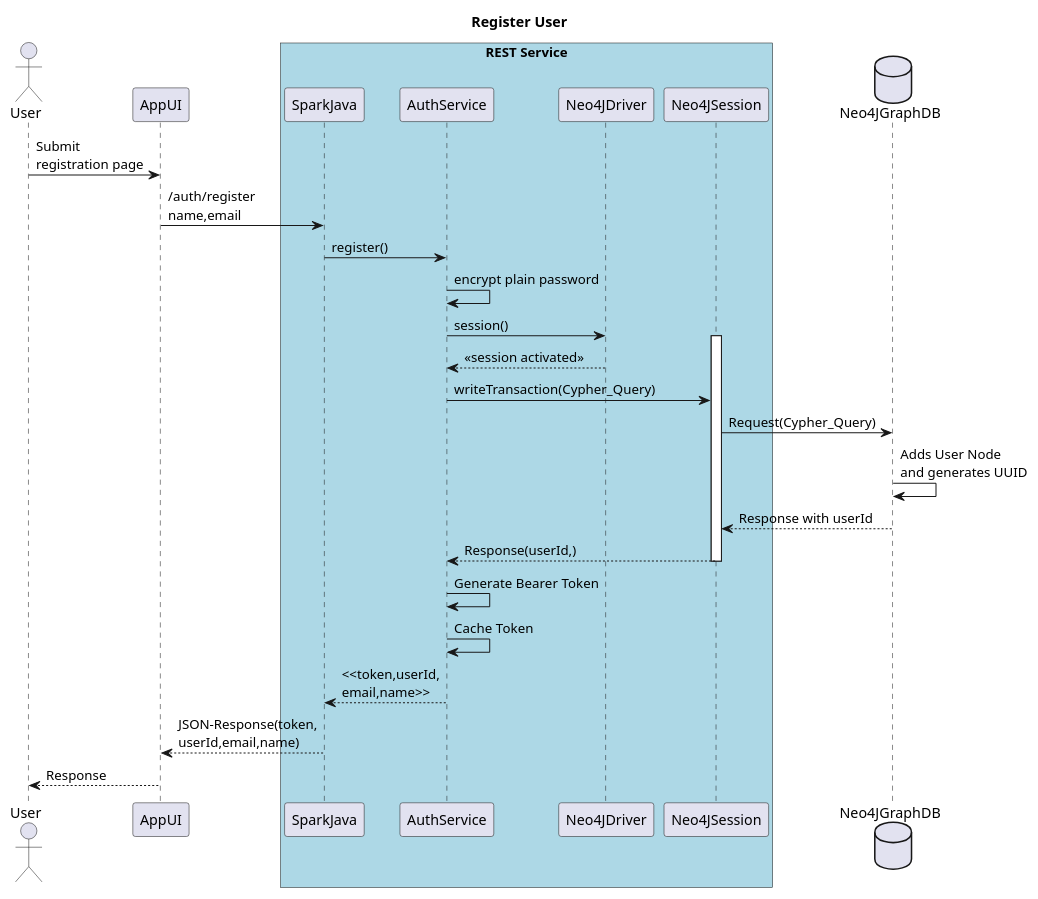
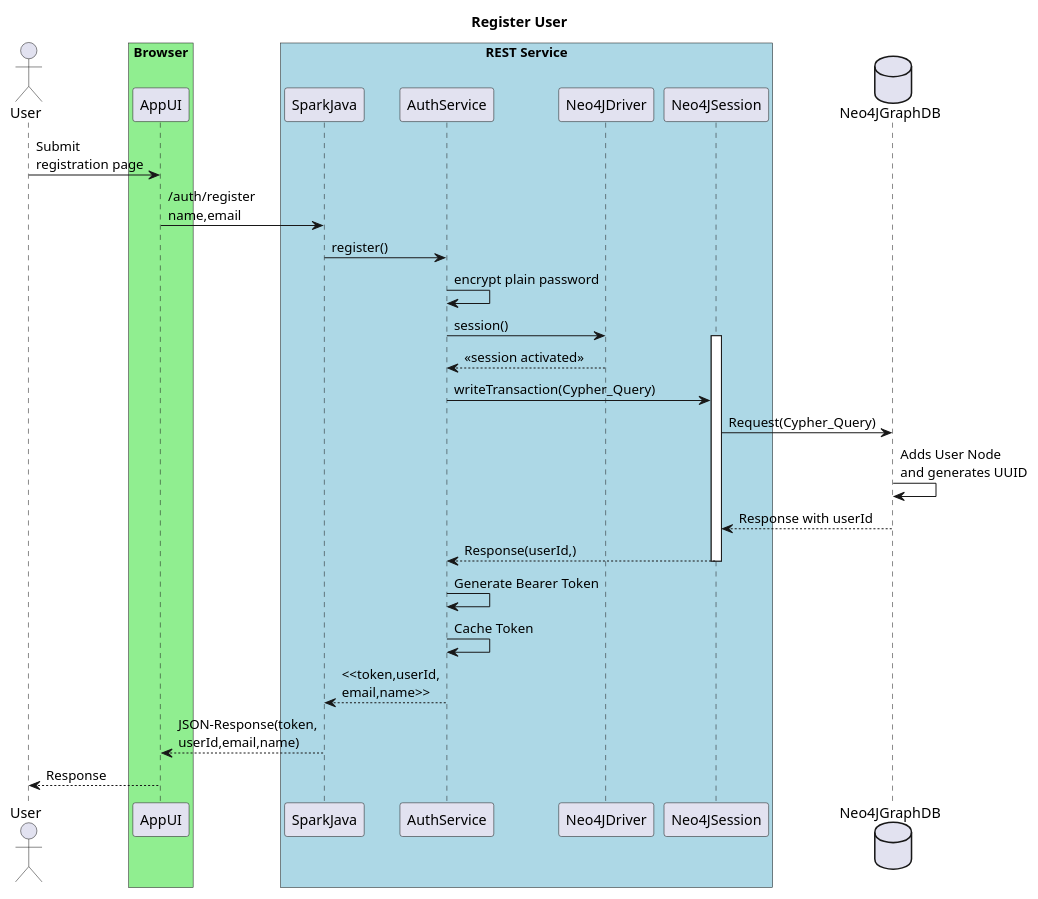
Before and after one commit to ozdemirht/study: the diagram in neo4j/java/project_1/app-java-main/docs/register-user.puml, drawn with PlantUML. The commit also changed 2 other files, not shown here.

Commit message:
updated PlantUML

```diff
--- a/neo4j/java/project_1/app-java-main/docs/register-user.puml
+++ b/neo4j/java/project_1/app-java-main/docs/register-user.puml
@@ -1,37 +1,39 @@
 @startuml
 
 title "Register User"
 
 actor User as User
+box "Browser" #LightGreen
 participant AppUI as AppUI
+end box
 
 box "REST Service" #LightBlue
 participant SparkJava as SparkJava
 participant AuthService as AuthService
 participant Neo4JDriver as Neo4JDriver
 participant Neo4JSession as Neo4JSession
 end box
 
 database Neo4JGraphDB as Neo4JGraphDB
 
 User -> AppUI: Submit \nregistration page
 AppUI -> SparkJava: /auth/register\nname,email
 SparkJava -> AuthService : register()
 AuthService -> AuthService : encrypt plain password
 AuthService -> Neo4JDriver : session()
 activate Neo4JSession
 Neo4JDriver-->AuthService : <<session activated>>
 
 AuthService -> Neo4JSession : writeTransaction(Cypher_Query)
 Neo4JSession -> Neo4JGraphDB: Request(Cypher_Query)
 Neo4JGraphDB -> Neo4JGraphDB: Adds User Node \nand generates UUID
 Neo4JGraphDB --> Neo4JSession: Response with userId
 Neo4JSession --> AuthService:  Response(userId,)
 deactivate Neo4JSession
 AuthService -> AuthService : Generate Bearer Token
 AuthService -> AuthService : Cache Token
 AuthService --> SparkJava : <<token,userId,\nemail,name>>
 SparkJava --> AppUI: JSON-Response(token,\nuserId,email,name)
 AppUI --> User: Response
 
 @enduml
```
